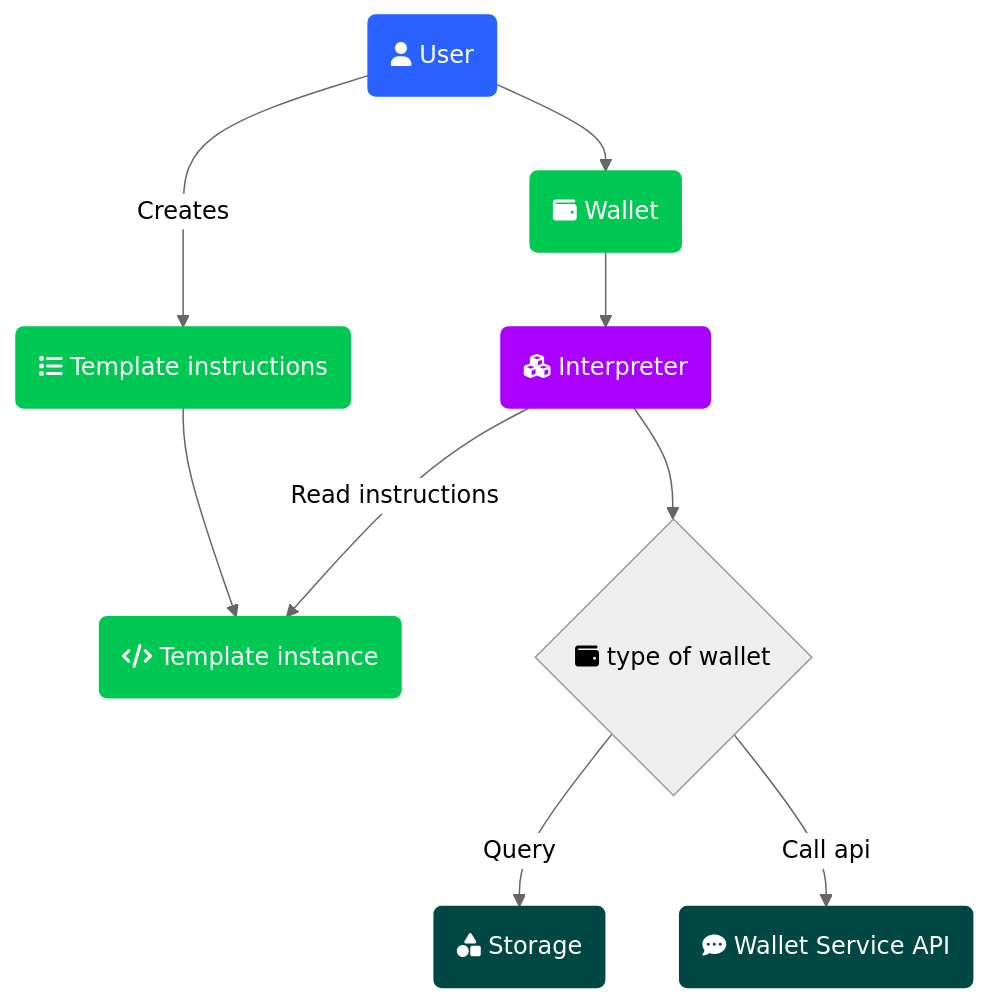
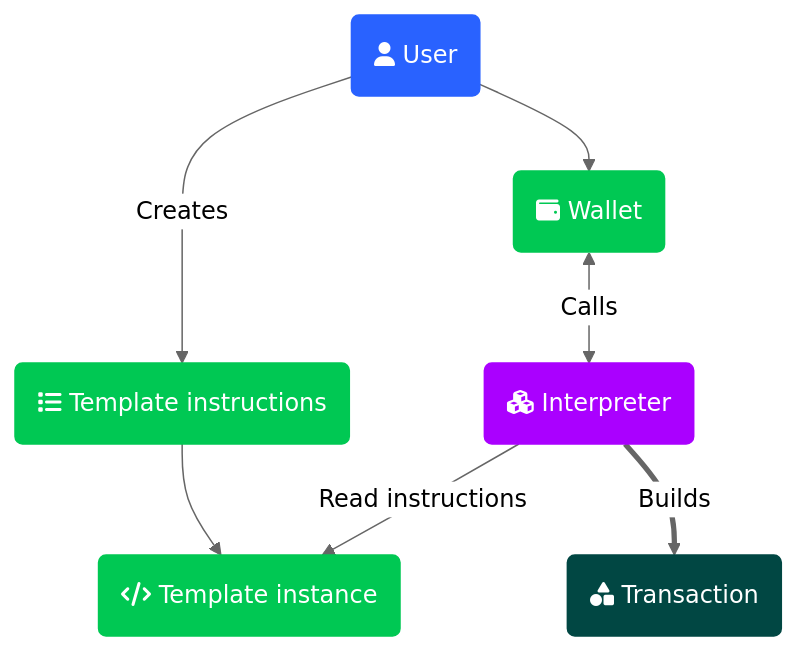
The diagram in projects/hathor-wallet-headless/0004-tx-transaction.md (HathorNetwork/rfcs), drawn with Mermaid (neutral theme) before and after one commit. The commit also changed other lines of this file, not shown here.

````diff
--- a/projects/hathor-wallet-headless/0004-tx-transaction.md
+++ b/projects/hathor-wallet-headless/0004-tx-transaction.md
@@ -45,30 +46,25 @@
 ```mermaid
 flowchart TD;
 %% Nodes
     USER(fa:fa-user User)
     INS("fa:fa-list Template instructions")
     TMPL("fa:fa-code Template instance")
     INT("fa:fa-cubes Interpreter")
     WALLET("fa:fa-wallet Wallet")
-    WDEC{"fa:fa-wallet type of wallet"}
-    STRG(fa:fa-shapes Storage)
-    WSVC("fa:fa-comment-dots Wallet Service API")
+    TX(fa:fa-shapes Transaction)
 
 %% Connections
     USER -- Creates --> INS
     INS --> TMPL
     INT -- Read instructions --> TMPL
     USER --> WALLET
-    WALLET --> INT
-    INT --> WDEC
-    WDEC -- Query --> STRG
-    WDEC -- Call api --> WSVC
+    WALLET <-- Calls --> INT
+    INT == Builds ==> TX
 
     style INT color:#FFFFFF, fill:#AA00FF, stroke:#AA00FF
     style INS color:#FFFFFF, stroke:#00C853, fill:#00C853
     style WALLET color:#FFFFFF, stroke:#00C853, fill:#00C853
     style TMPL color:#FFFFFF, stroke:#00C853, fill:#00C853
     style USER color:#FFFFFF, stroke:#2962FF, fill:#2962FF
-    style STRG color:#FFFFFF, stroke:#014743, fill:#014743
-    style WSVC color:#FFFFFF, stroke:#014743, fill:#014743
-```
+    style TX color:#FFFFFF, stroke:#014743, fill:#014743
+   ```
````
